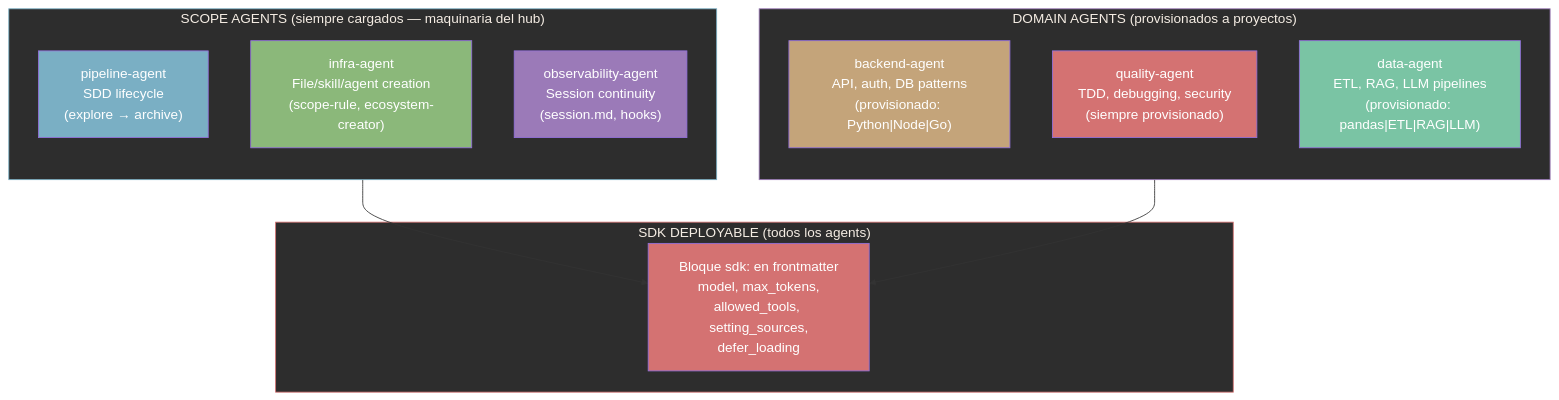
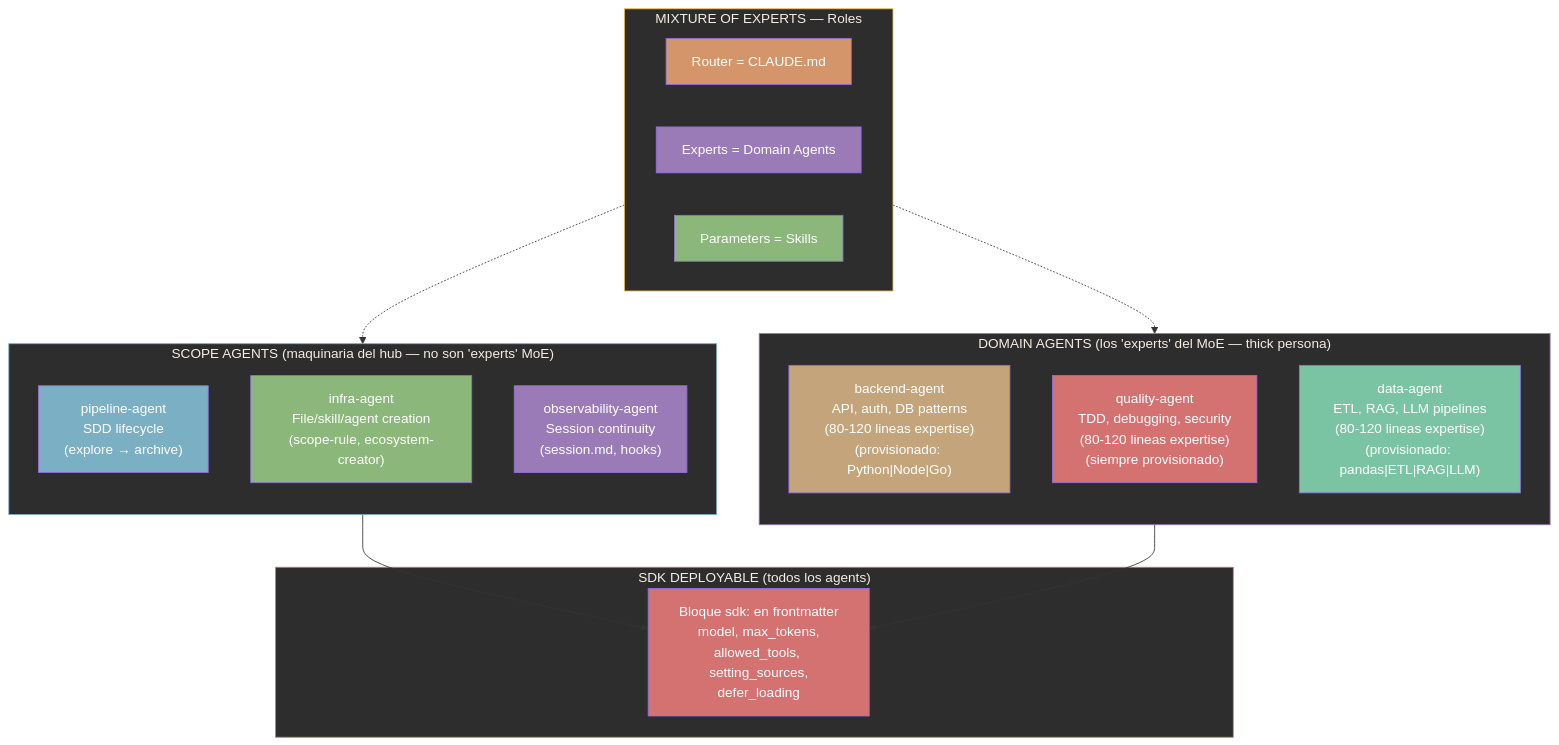
Diagram 27 of 28 in docs/architecture/arquitectura-diagrama.md (jota-batuta/batuta-dots), drawn with Mermaid before and after one commit. The commit also changed other lines of this file and 11 other files, not shown here.

First line of the commit message:
docs(v13.2): update documentation for MoE architecture and agent auto-invocation

````diff
--- a/docs/architecture/arquitectura-diagrama.md
+++ b/docs/architecture/arquitectura-diagrama.md
@@ -959,34 +1069,47 @@
 ```mermaid
 flowchart TD
-    subgraph SCOPE["SCOPE AGENTS (siempre cargados — maquinaria del hub)"]
+    subgraph MOE_LABEL["MIXTURE OF EXPERTS — Roles"]
+        direction LR
+        MOE_ROUTER["Router = CLAUDE.md"]
+        MOE_EXPERTS["Experts = Domain Agents"]
+        MOE_PARAMS["Parameters = Skills"]
+    end
+
+    subgraph SCOPE["SCOPE AGENTS (maquinaria del hub — no son 'experts' MoE)"]
         direction TB
         PIPELINE["pipeline-agent<br/>SDD lifecycle<br/>(explore → archive)"]
         INFRA["infra-agent<br/>File/skill/agent creation<br/>(scope-rule, ecosystem-creator)"]
         OBS["observability-agent<br/>Session continuity<br/>(session.md, hooks)"]
     end
 
-    subgraph DOMAIN["DOMAIN AGENTS (provisionados a proyectos)"]
+    subgraph DOMAIN["DOMAIN AGENTS (los 'experts' del MoE — thick persona)"]
         direction TB
-        BACKEND["backend-agent<br/>API, auth, DB patterns<br/>(provisionado: Python|Node|Go)"]
-        QUALITY["quality-agent<br/>TDD, debugging, security<br/>(siempre provisionado)"]
-        DATA["data-agent<br/>ETL, RAG, LLM pipelines<br/>(provisionado: pandas|ETL|RAG|LLM)"]
+        BACKEND["backend-agent<br/>API, auth, DB patterns<br/>(80-120 lineas expertise)<br/>(provisionado: Python|Node|Go)"]
+        QUALITY["quality-agent<br/>TDD, debugging, security<br/>(80-120 lineas expertise)<br/>(siempre provisionado)"]
+        DATA["data-agent<br/>ETL, RAG, LLM pipelines<br/>(80-120 lineas expertise)<br/>(provisionado: pandas|ETL|RAG|LLM)"]
     end
 
     subgraph SDK["SDK DEPLOYABLE (todos los agents)"]
         SDK_BLOCK["Bloque sdk: en frontmatter<br/>model, max_tokens,<br/>allowed_tools, setting_sources,<br/>defer_loading"]
     end
 
+    MOE_ROUTER -.-> SCOPE
+    MOE_EXPERTS -.-> DOMAIN
     SCOPE --> SDK_BLOCK
     DOMAIN --> SDK_BLOCK
 
+    style MOE_LABEL fill:#2d2d2d,stroke:#E8B84D,color:#F5EDE4
+    style MOE_ROUTER fill:#D4956A,color:#fff
+    style MOE_EXPERTS fill:#9B7AB8,color:#fff
+    style MOE_PARAMS fill:#8BB87A,color:#fff
     style SCOPE fill:#2d2d2d,stroke:#7AAFC4,color:#F5EDE4
     style DOMAIN fill:#2d2d2d,stroke:#9B7AB8,color:#F5EDE4
     style SDK fill:#2d2d2d,stroke:#D47272,color:#F5EDE4
     style PIPELINE fill:#7AAFC4,color:#fff
     style INFRA fill:#8BB87A,color:#fff
     style OBS fill:#9B7AB8,color:#fff
     style BACKEND fill:#C4A47A,color:#fff
     style QUALITY fill:#D47272,color:#fff
     style DATA fill:#7AC4A4,color:#fff
     style SDK_BLOCK fill:#D47272,color:#fff
 ```
````
